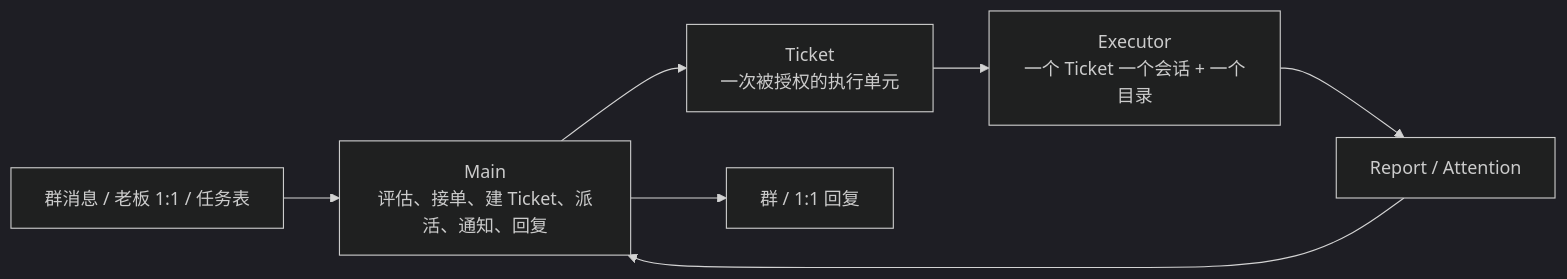
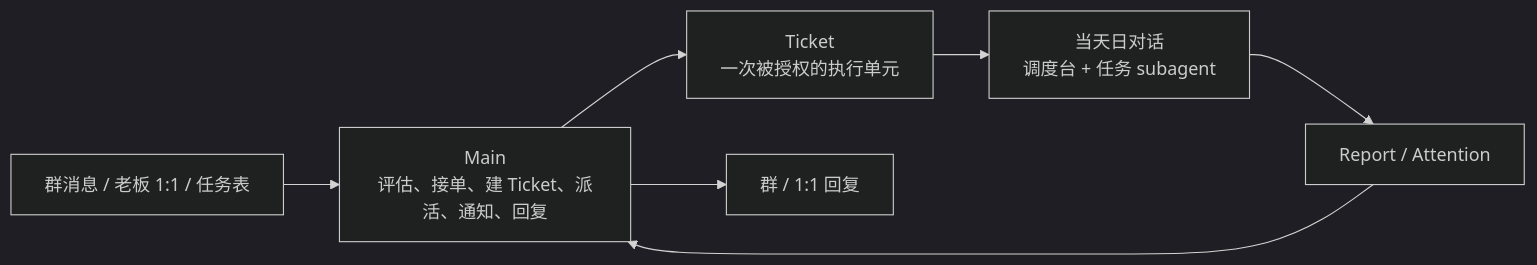
Before and after one commit to GoldenTellus/workbuddy-anc: the second of 2 diagrams in docs/FUTURE-DESIGN.md, drawn with Mermaid (dark theme). The commit also changed other lines of this file and 1 other file, not shown here.

Commit message:
docs(trunk2): switch executor to daily host plus task subagents

````diff
--- a/docs/FUTURE-DESIGN.md
+++ b/docs/FUTURE-DESIGN.md
@@ -304,9 +304,9 @@
 ```mermaid
 flowchart LR
   A["群消息 / 老板 1:1 / 任务表"] --> B["Main<br/>评估、接单、建 Ticket、派活、通知、回复"]
   B --> C["Ticket<br/>一次被授权的执行单元"]
-  C --> D["Executor<br/>一个 Ticket 一个会话 + 一个目录"]
+  C --> D["当天日对话<br/>调度台 + 任务 subagent"]
   D --> E["Report / Attention"]
   E --> B
   B --> F["群 / 1:1 回复"]
 ```
````
